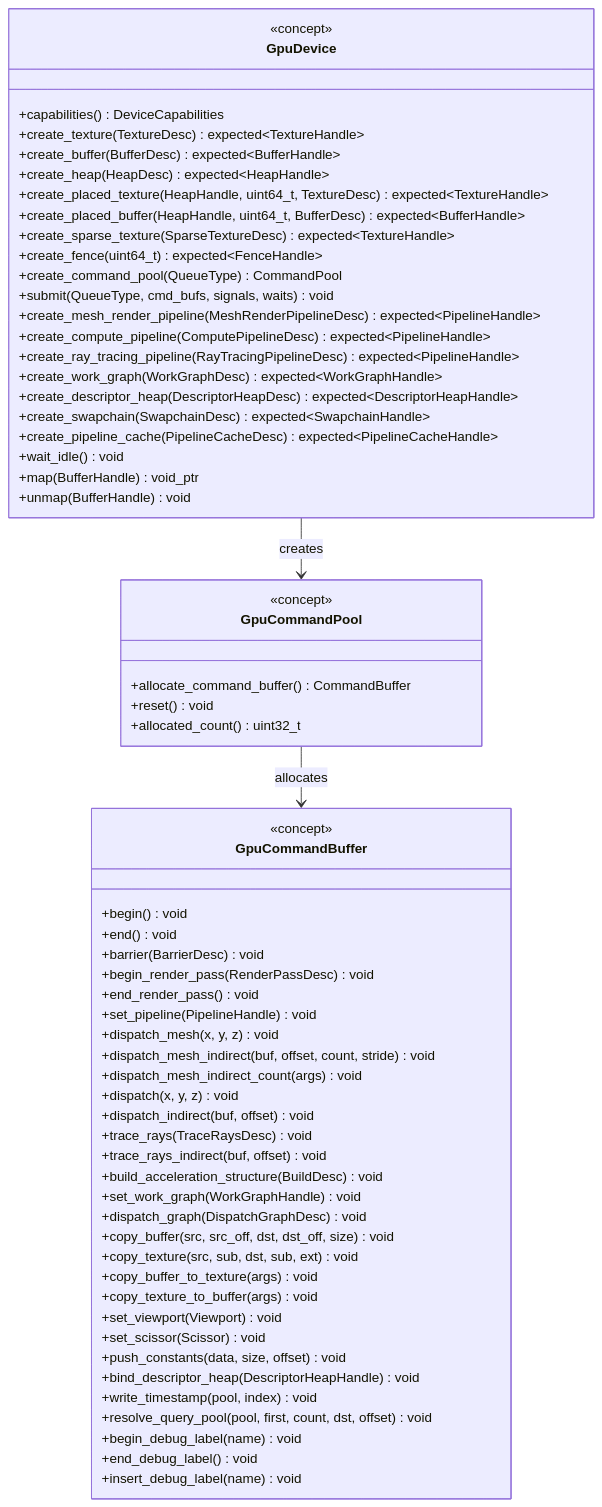
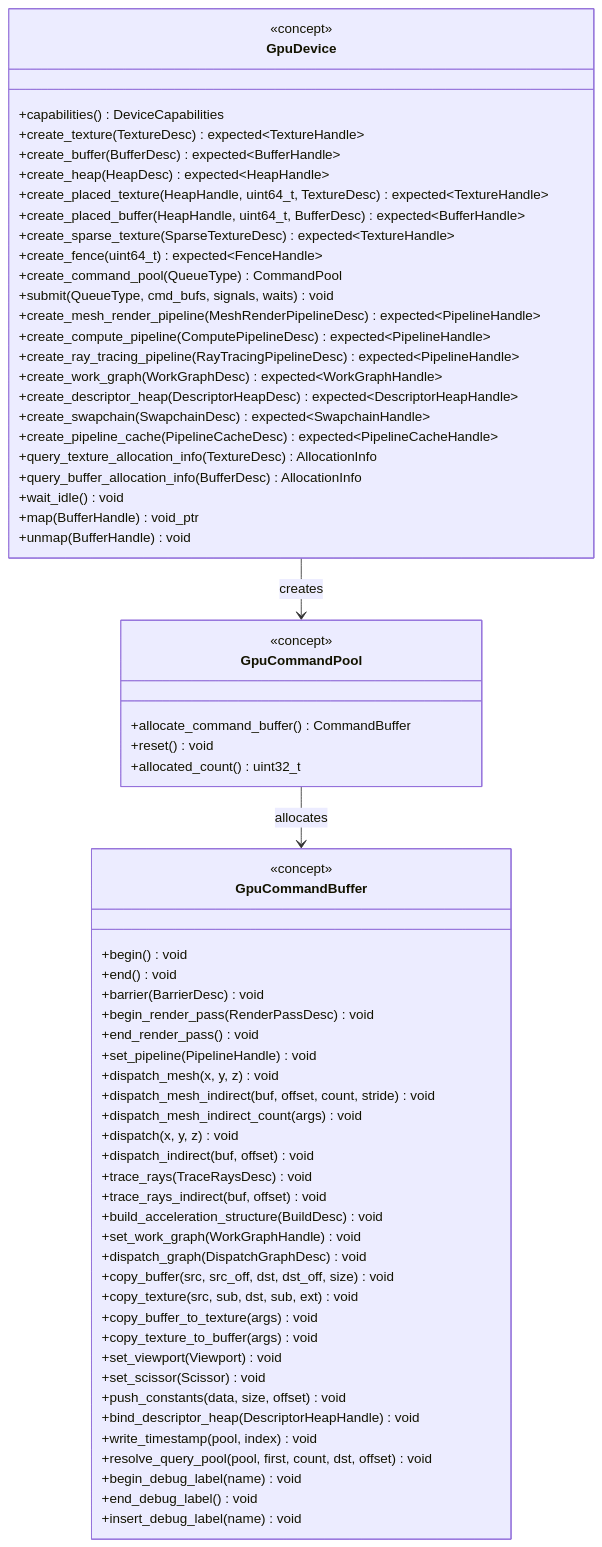
One commit to harmonius-dev/harmonius changed diagram 13 of 17 in docs/design/gpu-backend-interface-classes.md. Above: the diagram before and after it, drawn with Mermaid. The commit also changed other lines of this file and 10 other files, not shown here.

````diff
--- a/docs/design/gpu-backend-interface-classes.md
+++ b/docs/design/gpu-backend-interface-classes.md
@@ -787,67 +789,69 @@
 ```mermaid
 classDiagram
     class GpuDevice {
         <<concept>>
         +capabilities() DeviceCapabilities
         +create_texture(TextureDesc) expected~TextureHandle~
         +create_buffer(BufferDesc) expected~BufferHandle~
         +create_heap(HeapDesc) expected~HeapHandle~
         +create_placed_texture(HeapHandle, uint64_t, TextureDesc) expected~TextureHandle~
         +create_placed_buffer(HeapHandle, uint64_t, BufferDesc) expected~BufferHandle~
         +create_sparse_texture(SparseTextureDesc) expected~TextureHandle~
         +create_fence(uint64_t) expected~FenceHandle~
         +create_command_pool(QueueType) CommandPool
         +submit(QueueType, cmd_bufs, signals, waits) void
         +create_mesh_render_pipeline(MeshRenderPipelineDesc) expected~PipelineHandle~
         +create_compute_pipeline(ComputePipelineDesc) expected~PipelineHandle~
         +create_ray_tracing_pipeline(RayTracingPipelineDesc) expected~PipelineHandle~
         +create_work_graph(WorkGraphDesc) expected~WorkGraphHandle~
         +create_descriptor_heap(DescriptorHeapDesc) expected~DescriptorHeapHandle~
         +create_swapchain(SwapchainDesc) expected~SwapchainHandle~
         +create_pipeline_cache(PipelineCacheDesc) expected~PipelineCacheHandle~
+        +query_texture_allocation_info(TextureDesc) AllocationInfo
+        +query_buffer_allocation_info(BufferDesc) AllocationInfo
         +wait_idle() void
         +map(BufferHandle) void_ptr
         +unmap(BufferHandle) void
     }
     class GpuCommandBuffer {
         <<concept>>
         +begin() void
         +end() void
         +barrier(BarrierDesc) void
         +begin_render_pass(RenderPassDesc) void
         +end_render_pass() void
         +set_pipeline(PipelineHandle) void
         +dispatch_mesh(x, y, z) void
         +dispatch_mesh_indirect(buf, offset, count, stride) void
         +dispatch_mesh_indirect_count(args) void
         +dispatch(x, y, z) void
         +dispatch_indirect(buf, offset) void
         +trace_rays(TraceRaysDesc) void
         +trace_rays_indirect(buf, offset) void
         +build_acceleration_structure(BuildDesc) void
         +set_work_graph(WorkGraphHandle) void
         +dispatch_graph(DispatchGraphDesc) void
         +copy_buffer(src, src_off, dst, dst_off, size) void
         +copy_texture(src, sub, dst, sub, ext) void
         +copy_buffer_to_texture(args) void
         +copy_texture_to_buffer(args) void
         +set_viewport(Viewport) void
         +set_scissor(Scissor) void
         +push_constants(data, size, offset) void
         +bind_descriptor_heap(DescriptorHeapHandle) void
         +write_timestamp(pool, index) void
         +resolve_query_pool(pool, first, count, dst, offset) void
         +begin_debug_label(name) void
         +end_debug_label() void
         +insert_debug_label(name) void
     }
     class GpuCommandPool {
         <<concept>>
         +allocate_command_buffer() CommandBuffer
         +reset() void
         +allocated_count() uint32_t
     }
 
     GpuDevice --> GpuCommandPool : creates
     GpuCommandPool --> GpuCommandBuffer : allocates
 ```
````
